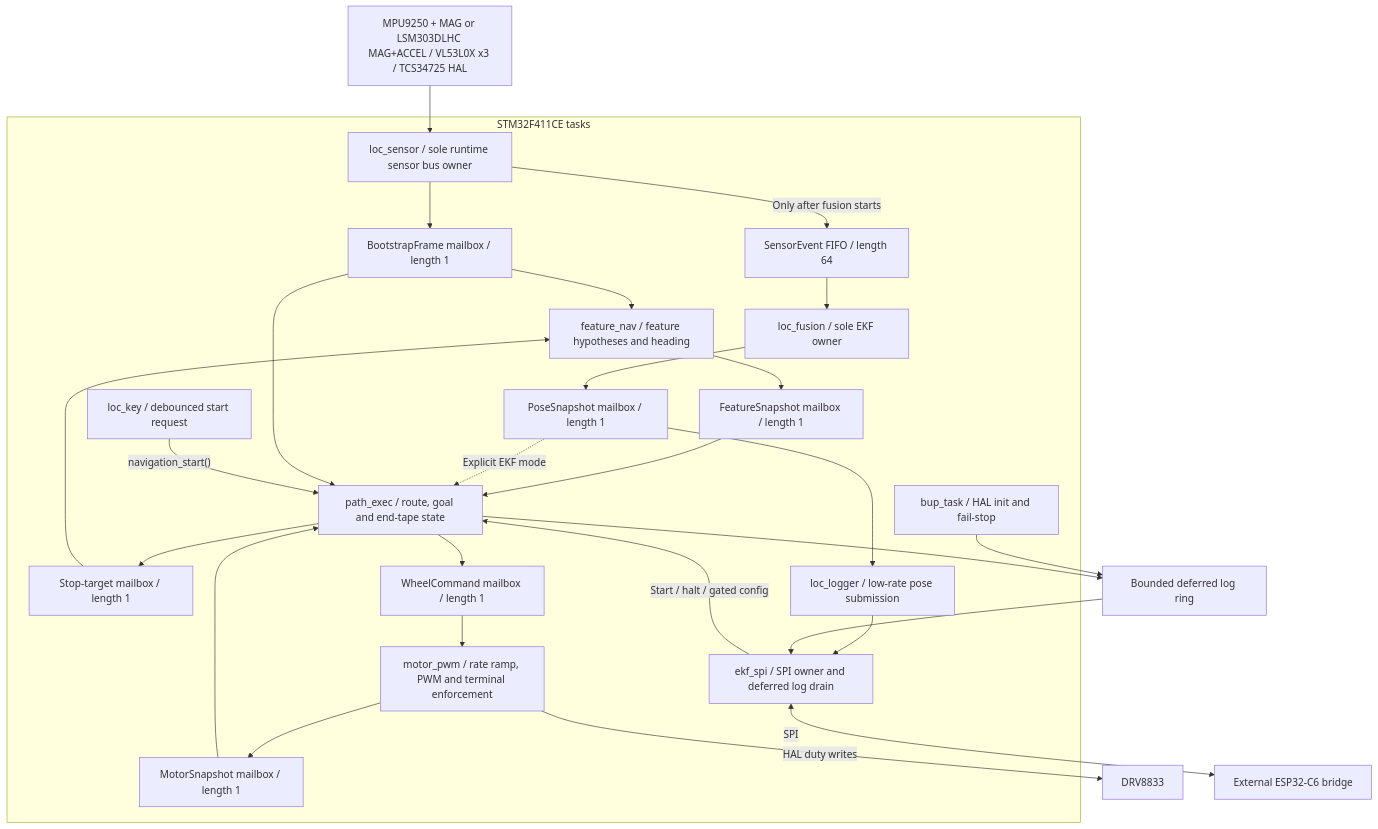
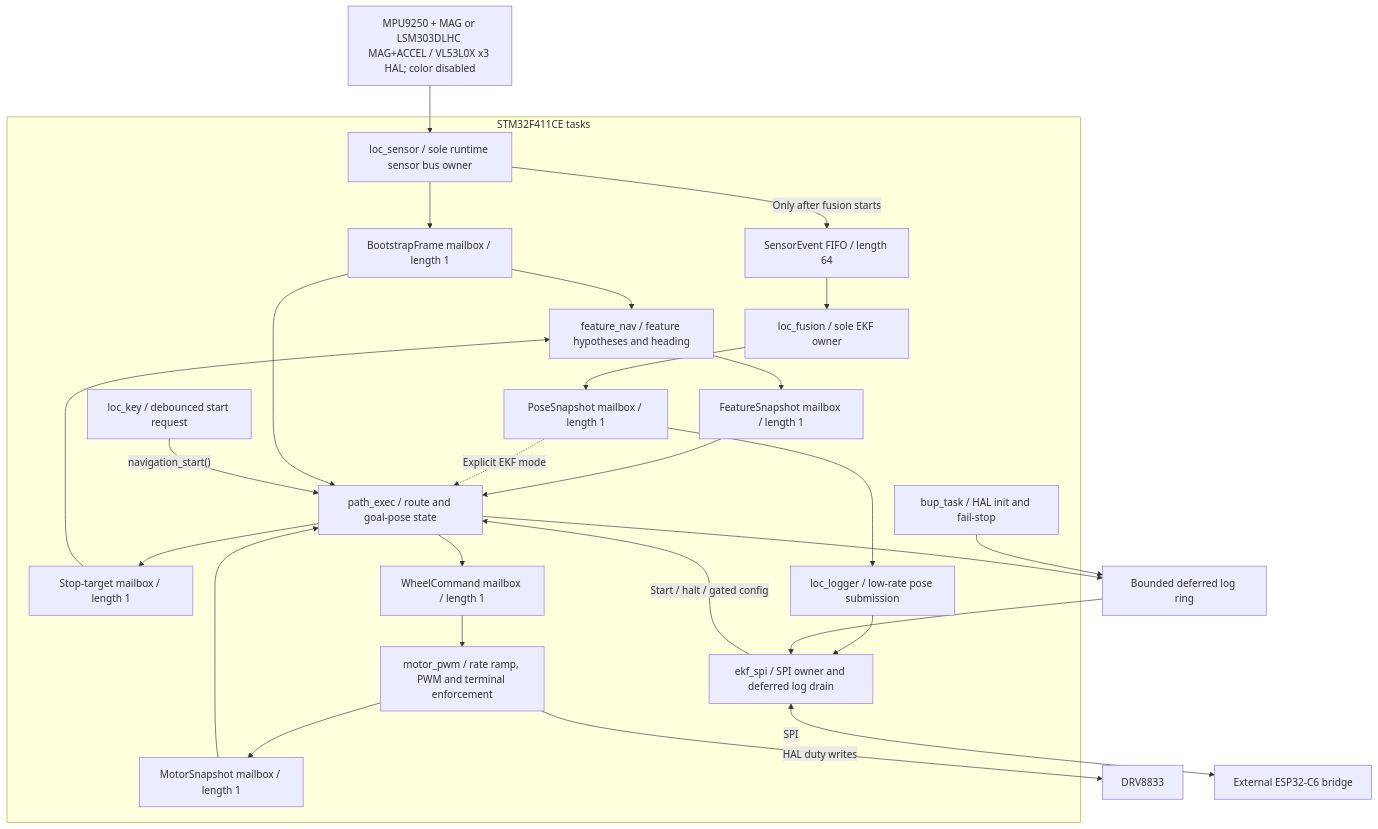
One commit to sisit135/CPRobot changed the second of 3 diagrams in docs/fw_ths_architecture.md. Above: the diagram before and after it, drawn with Mermaid. The commit also changed other lines of this file and 27 other files, not shown here.

Commit message:
hal: sensors: disable color acquisition and use pose-only completion

````diff
--- a/docs/fw_ths_architecture.md
+++ b/docs/fw_ths_architecture.md
@@ -347,35 +360,35 @@
 ```mermaid
 flowchart TB
   subgraph stm["STM32F411CE tasks"]
     sensor["loc_sensor / sole runtime sensor bus owner"]
     frame["BootstrapFrame mailbox / length 1"]
     events["SensorEvent FIFO / length 64"]
     feature["feature_nav / feature hypotheses and heading"]
     fs["FeatureSnapshot mailbox / length 1"]
     fusion["loc_fusion / sole EKF owner"]
     pose["PoseSnapshot mailbox / length 1"]
-    path["path_exec / route, goal and end-tape state"]
+    path["path_exec / route and goal-pose state"]
     target["Stop-target mailbox / length 1"]
     cmd["WheelCommand mailbox / length 1"]
     pwm["motor_pwm / rate ramp, PWM and terminal enforcement"]
     ms["MotorSnapshot mailbox / length 1"]
     logger["loc_logger / low-rate pose submission"]
     spi["ekf_spi / SPI owner and deferred log drain"]
     key["loc_key / debounced start request"]
     bup["bup_task / HAL init and fail-stop"]
   end
-  hw["MPU9250 + MAG or LSM303DLHC MAG+ACCEL / VL53L0X x3 / TCS34725 HAL"] --> sensor
+  hw["MPU9250 + MAG or LSM303DLHC MAG+ACCEL / VL53L0X x3 HAL; color disabled"] --> sensor
   sensor --> frame --> feature --> fs --> path
   sensor -->|"Only after fusion starts"| events --> fusion --> pose
   pose -.->|"Explicit EKF mode"| path
   pose --> logger --> spi
   frame --> path
   path --> target --> feature
   path --> cmd --> pwm --> ms --> path
   pwm -->|"HAL duty writes"| driver["DRV8833"]
   key -->|"navigation_start()"| path
   spi -->|"Start / halt / gated config"| path
   bup --> logs["Bounded deferred log ring"] --> spi
   path --> logs
   spi <-->|"SPI"| c6["External ESP32-C6 bridge"]
 ```
````
